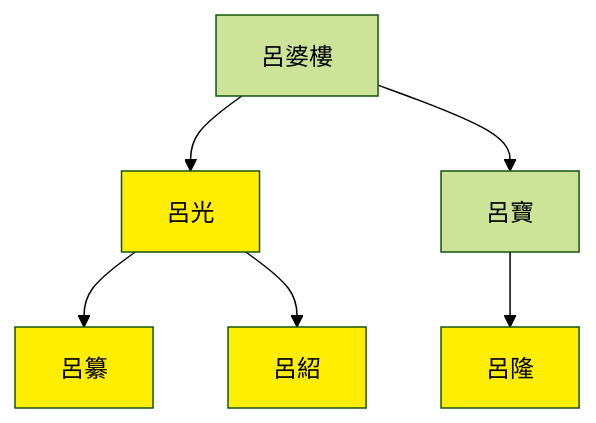
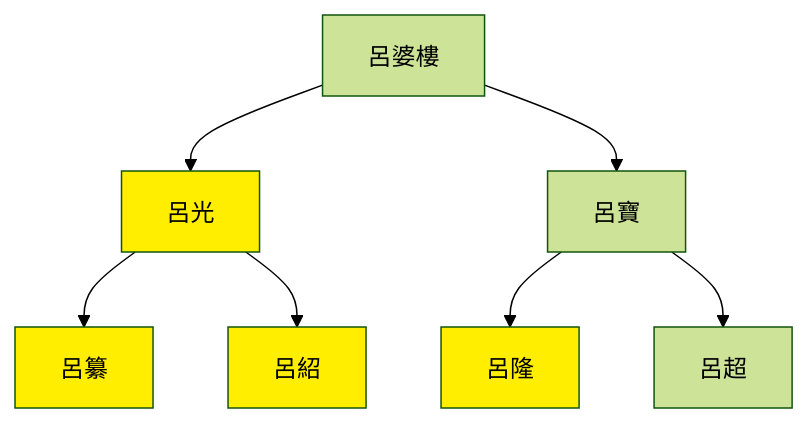
One commit to gamefang/zizhitongjian changed the diagram in 2_世系圖表/2.2_并立政權/晉/十六國/後涼世系圖表.md. Above: the diagram before and after it, drawn with Mermaid (forest theme). The commit also changed other lines of this file and 16 other files, not shown here.

````diff
--- a/2_世系圖表/2.2_并立政權/晉/十六國/後涼世系圖表.md
+++ b/2_世系圖表/2.2_并立政權/晉/十六國/後涼世系圖表.md
@@ -18,14 +19,15 @@
 ```mermaid
 graph TB
 
 呂婆樓-->呂光
 呂婆樓-->呂寶
 
 呂光-->呂纂
 呂光-->呂紹
 
 呂寶-->呂隆
+呂寶-->呂超
 
 classDef king fill:#ffee00
 class 呂光,呂紹,呂纂,呂隆 king
 ```
````
